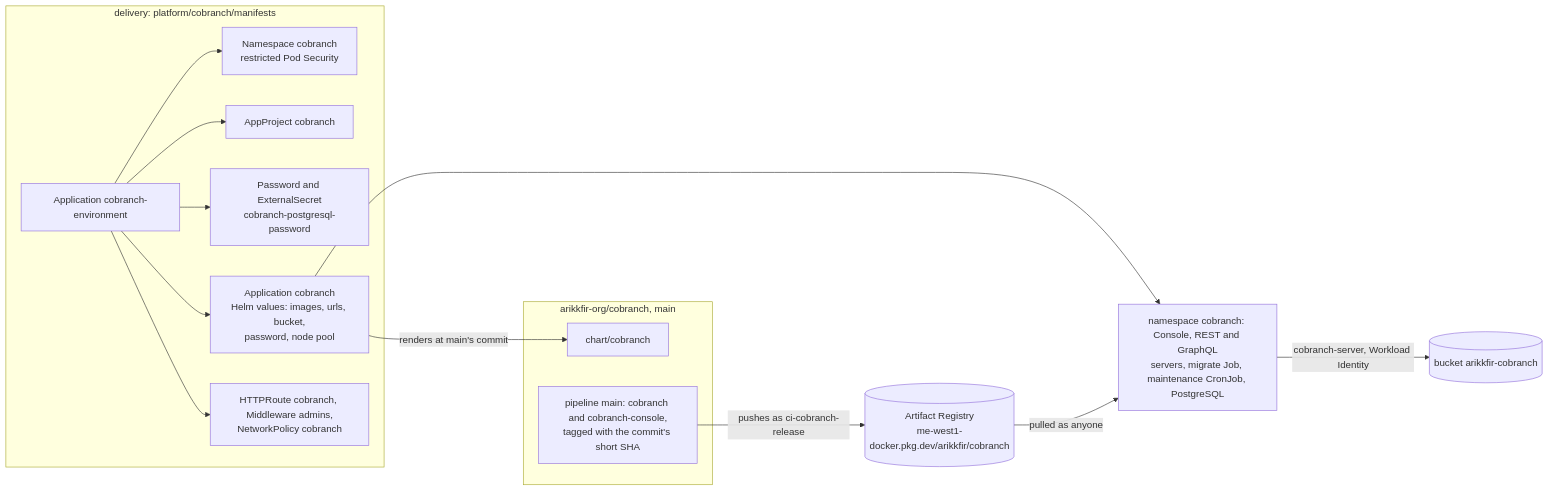
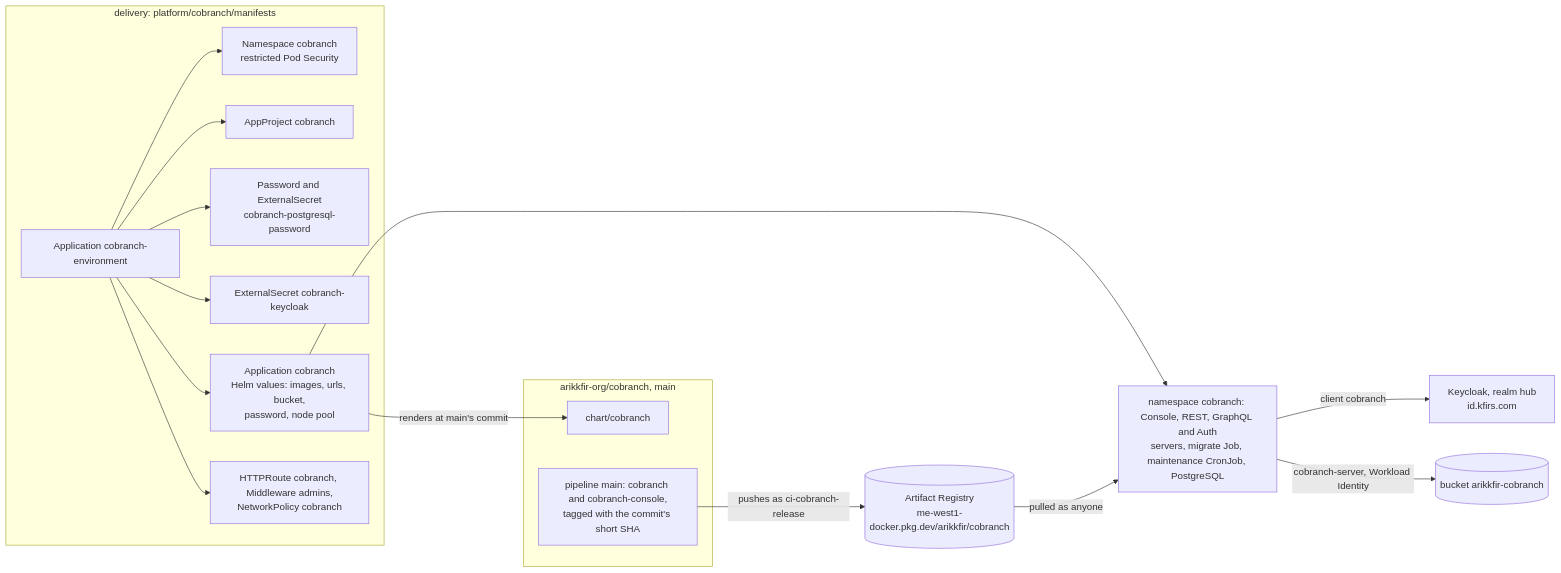
One commit to arikkfir-org/delivery changed the first of 2 diagrams in docs/delivery/designs/cobranch.md. Above: the diagram before and after it, drawn with Mermaid. The commit also changed other lines of this file and 11 other files, not shown here.

````diff
--- a/docs/delivery/designs/cobranch.md
+++ b/docs/delivery/designs/cobranch.md
@@ -13,19 +13,21 @@
 ```mermaid
 flowchart LR
   subgraph cobranchrepo["arikkfir-org/cobranch, main"]
     Chart["chart/cobranch"]
     Main["pipeline main: cobranch and cobranch-console,<br/>tagged with the commit's short SHA"]
   end
   subgraph delivery["delivery: platform/cobranch/manifests"]
     Env["Application cobranch-environment"] --> NS["Namespace cobranch<br/>restricted Pod Security"]
     Env --> Project["AppProject cobranch"]
     Env --> Pass["Password and ExternalSecret<br/>cobranch-postgresql-password"]
+    Env --> KC["ExternalSecret cobranch-keycloak"]
     Env --> App["Application cobranch<br/>Helm values: images, urls, bucket,<br/>password, node pool"]
     Env --> Gate["HTTPRoute cobranch, Middleware admins,<br/>NetworkPolicy cobranch"]
   end
   Main -- "pushes as ci-cobranch-release" --> Reg[("Artifact Registry<br/>me-west1-docker.pkg.dev/arikkfir/cobranch")]
   App -- "renders at main's commit" --> Chart
-  App --> Pods["namespace cobranch: Console, REST and GraphQL<br/>servers, migrate Job, maintenance CronJob, PostgreSQL"]
+  App --> Pods["namespace cobranch: Console, REST, GraphQL and Auth<br/>servers, migrate Job, maintenance CronJob, PostgreSQL"]
+  Pods -- "client cobranch" --> Keycloak["Keycloak, realm hub<br/>id.kfirs.com"]
   Reg -- "pulled as anyone" --> Pods
   Pods -- "cobranch-server, Workload Identity" --> Bucket[("bucket arikkfir-cobranch")]
 ```
````
